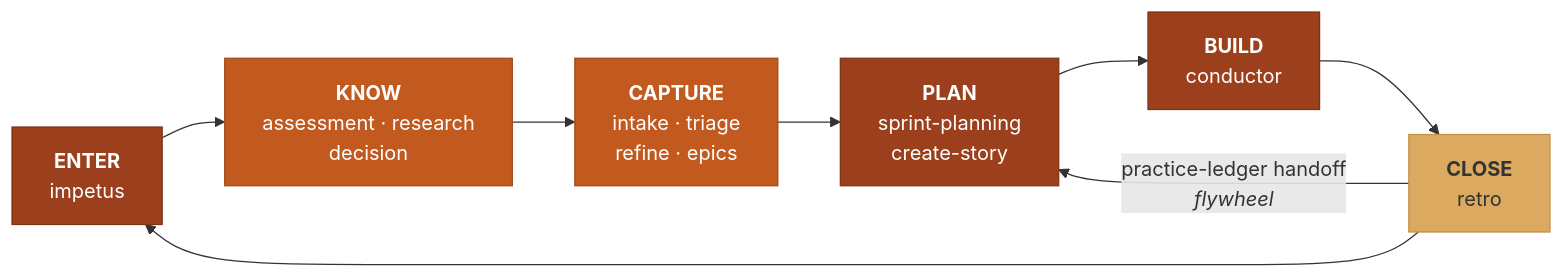
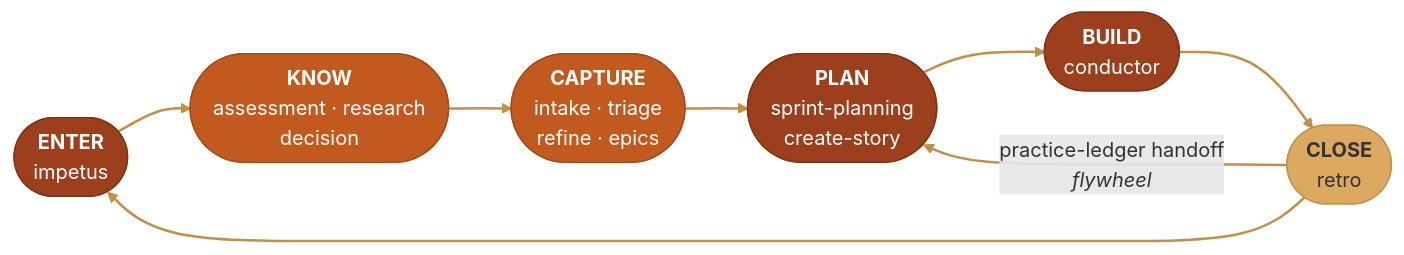
Before and after one commit to iamsteveholmes/momentum: the first of 2 diagrams in README.md, drawn with Mermaid. The commit also changed other lines of this file and 1 other file, not shown here.

Commit message:
feat(design): stadium-pill nodes and warm sand arrows in all Mermaid diagrams
39 nodes converted from rectangles to stadium pills across README (2
diagrams) and philosophy (4 diagrams); linkStyle default gives every
edge the warm sand #C28F47 instead of default gray.

````diff
--- a/README.md
+++ b/README.md
@@ -42,20 +42,21 @@
 ```mermaid
 graph LR
-    E["<b>ENTER</b><br/>impetus"]
-    K["<b>KNOW</b><br/>assessment · research<br/>decision"]
-    C["<b>CAPTURE</b><br/>intake · triage<br/>refine · epics"]
-    P["<b>PLAN</b><br/>sprint-planning<br/>create-story"]
-    B["<b>BUILD</b><br/>conductor"]
-    X["<b>CLOSE</b><br/>retro"]
+    E(["<b>ENTER</b><br/>impetus"])
+    K(["<b>KNOW</b><br/>assessment · research<br/>decision"])
+    C(["<b>CAPTURE</b><br/>intake · triage<br/>refine · epics"])
+    P(["<b>PLAN</b><br/>sprint-planning<br/>create-story"])
+    B(["<b>BUILD</b><br/>conductor"])
+    X(["<b>CLOSE</b><br/>retro"])
 
     E --> K --> C --> P --> B --> X
     X --> E
     X -- "practice-ledger handoff<br/><i>flywheel</i>" --> P
 
     style E fill:#9C3F1C,stroke:#7E3214,color:#fff
     style C fill:#C25A1F,stroke:#A04A18,color:#fff
     style K fill:#C25A1F,stroke:#A04A18,color:#fff
     style P fill:#9C3F1C,stroke:#7E3214,color:#fff
     style B fill:#9C3F1C,stroke:#7E3214,color:#fff
     style X fill:#DBA960,stroke:#C28F47,color:#333
+    linkStyle default stroke:#C28F47,stroke-width:2px
 ```
````
